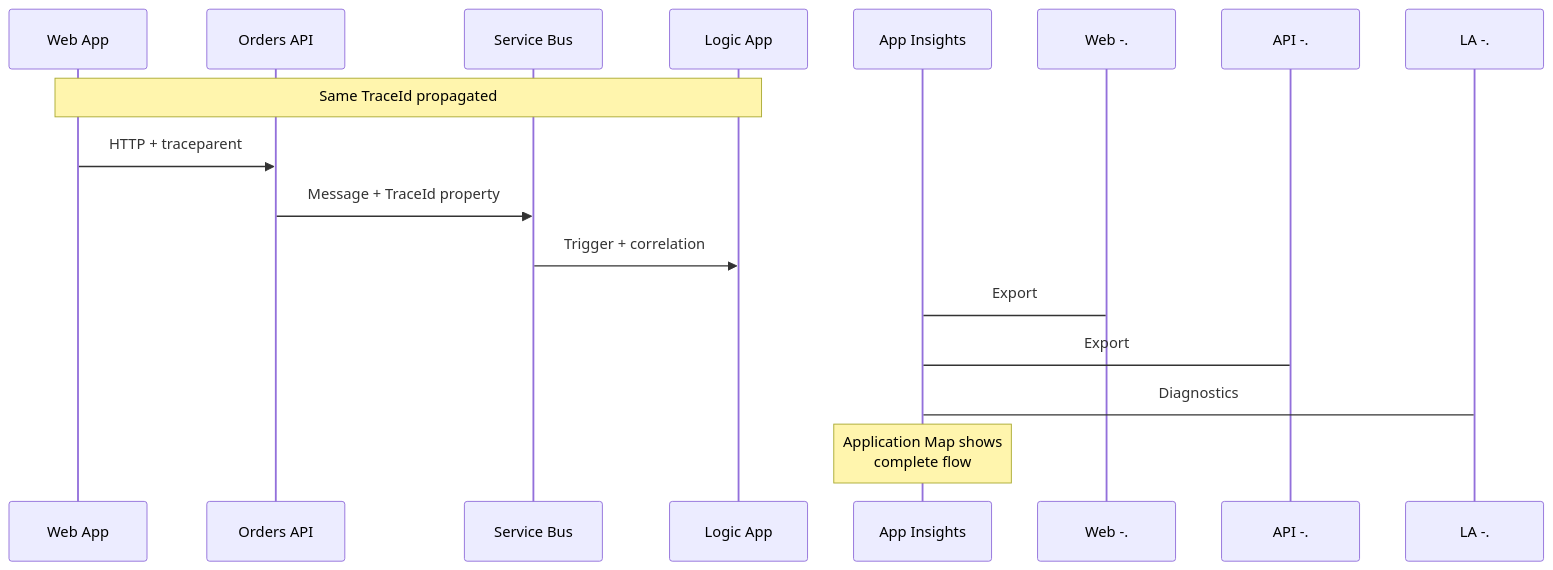
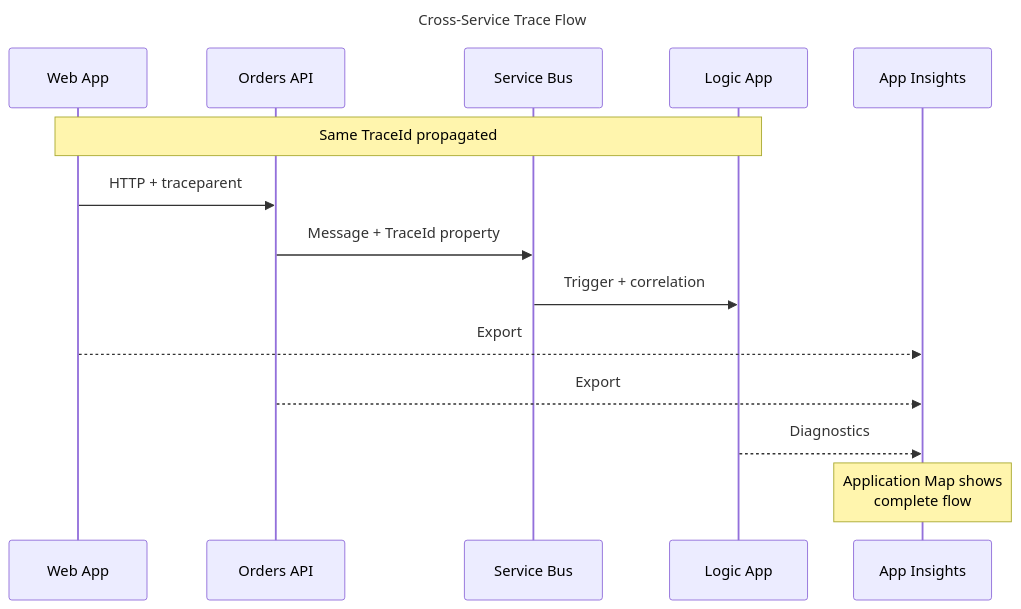
Before and after one commit to Evilazaro/Azure-LogicApps-Monitoring: the second of 2 diagrams in docs/architecture/adr/ADR-003-observability-strategy.md, drawn with Mermaid. The commit also changed other lines of this file and 1 other file, not shown here.

Commit message:
feat: Enhance observability architecture diagrams with improved dead letter handling and implementation flow

````diff
--- a/docs/architecture/adr/ADR-003-observability-strategy.md
+++ b/docs/architecture/adr/ADR-003-observability-strategy.md
@@ -229,20 +251,23 @@
 ```mermaid
+---
+title: Cross-Service Trace Flow
+---
 sequenceDiagram
     participant Web as Web App
     participant API as Orders API
     participant SB as Service Bus
     participant LA as Logic App
     participant AI as App Insights
 
     Note over Web,LA: Same TraceId propagated
 
     Web->>API: HTTP + traceparent
     API->>SB: Message + TraceId property
     SB->>LA: Trigger + correlation
 
-    Web -.-> AI: Export
-    API -.-> AI: Export
-    LA -.-> AI: Diagnostics
+    Web-->>AI: Export
+    API-->>AI: Export
+    LA-->>AI: Diagnostics
 
     Note over AI: Application Map shows<br/>complete flow
 ```
````
